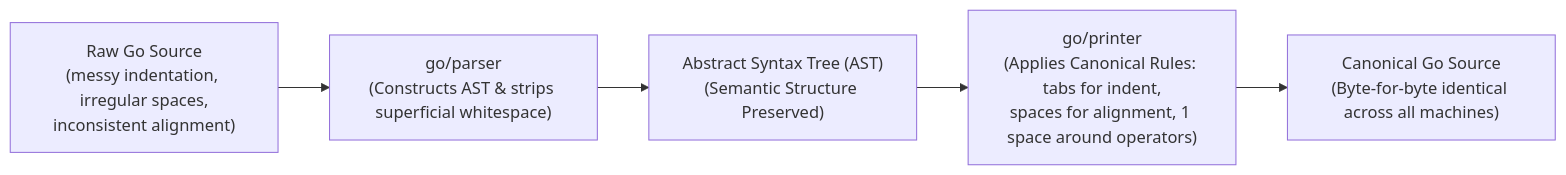
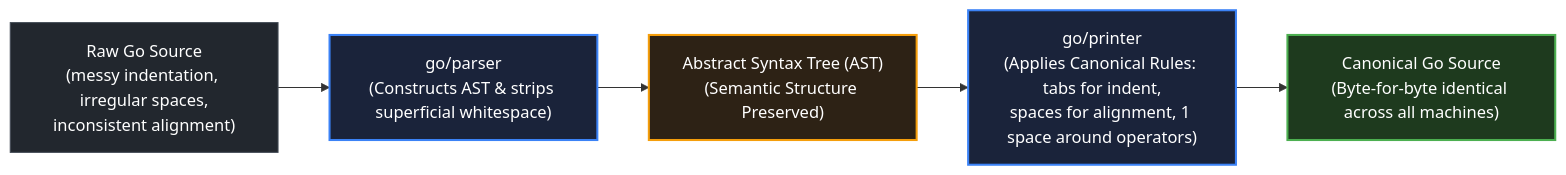
The diagram in curriculum/modules/02-go-setup-tooling/lessons/06-gofmt/README.md (swe-labs/the-go-engineer), drawn with Mermaid before and after one commit. The commit also changed other lines of this file and 19 other files, not shown here.

````diff
--- a/curriculum/modules/02-go-setup-tooling/lessons/06-gofmt/README.md
+++ b/curriculum/modules/02-go-setup-tooling/lessons/06-gofmt/README.md
@@ -17,7 +20,12 @@
 ```mermaid
 flowchart LR
-    RAW["Raw Go Source\n(messy indentation, irregular spaces,\ninconsistent alignment)"] --> PARSE["go/parser\n(Constructs AST & strips superficial whitespace)"]
-    PARSE --> AST["Abstract Syntax Tree (AST)\n(Semantic Structure Preserved)"]
-    AST --> PRINT["go/printer\n(Applies Canonical Rules: tabs for indent,\nspaces for alignment, 1 space around operators)"]
-    PRINT --> CANON["Canonical Go Source\n(Byte-for-byte identical across all machines)"]
+    classDef frontDoor fill:#1a233a,stroke:#3b82f6,stroke-width:2px,color:#ffffff;
+    classDef exitGate fill:#1e3a1e,stroke:#4caf50,stroke-width:2px,color:#ffffff;
+    classDef standardNode fill:#22272e,stroke:#444c56,stroke-width:1px,color:#ffffff;
+    classDef capstoneNode fill:#2d2215,stroke:#f59e0b,stroke-width:2px,color:#ffffff;
+
+    RAW["Raw Go Source\n(messy indentation, irregular spaces,\ninconsistent alignment)"]:::standardNode --> PARSE["go/parser\n(Constructs AST & strips superficial whitespace)"]:::frontDoor
+    PARSE --> AST["Abstract Syntax Tree (AST)\n(Semantic Structure Preserved)"]:::capstoneNode
+    AST --> PRINT["go/printer\n(Applies Canonical Rules: tabs for indent,\nspaces for alignment, 1 space around operators)"]:::frontDoor
+    PRINT --> CANON["Canonical Go Source\n(Byte-for-byte identical across all machines)"]:::exitGate
 ```
````
